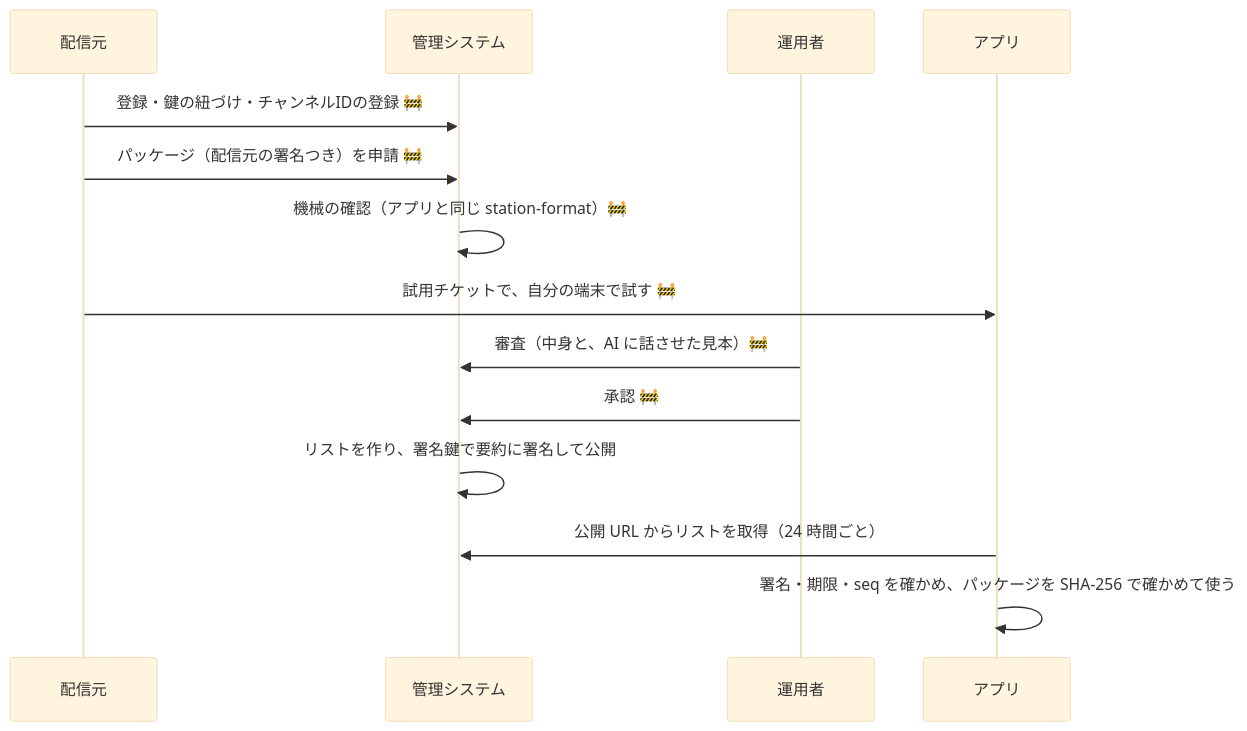
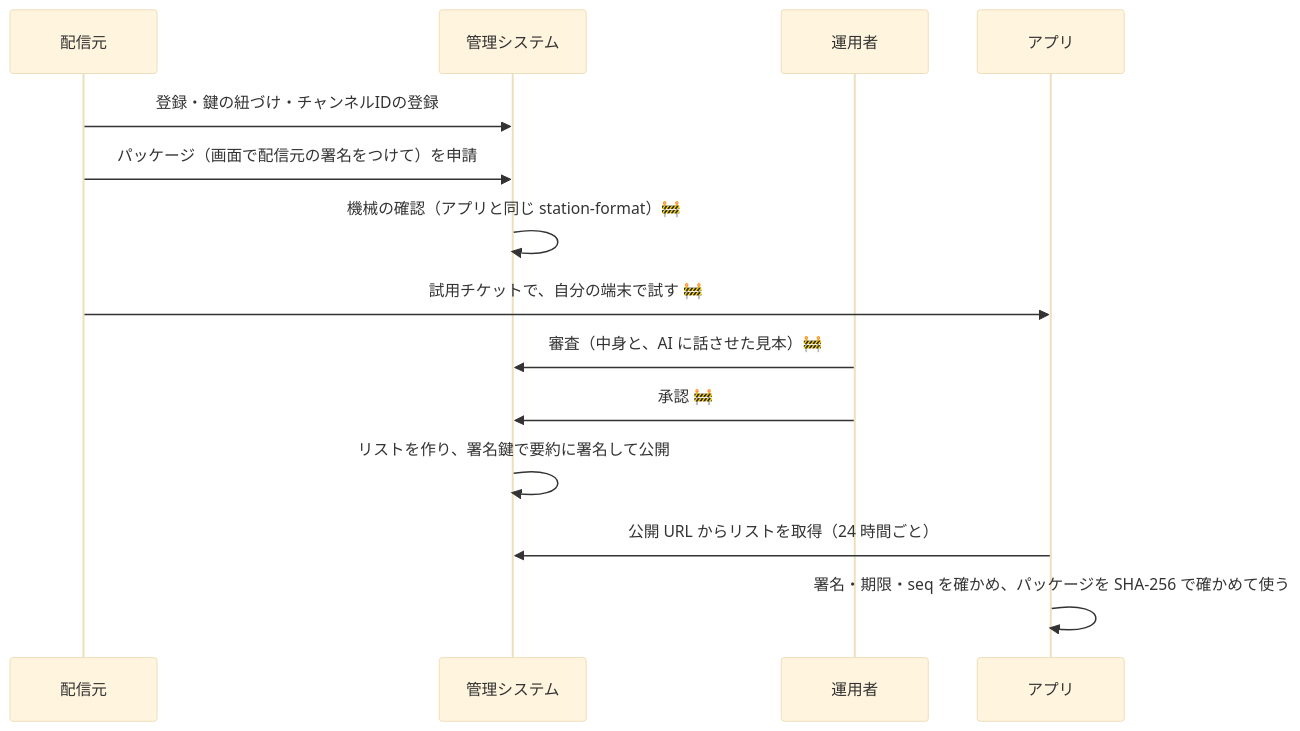
The second of 3 diagrams in docs/guide/concepts.md (duwenji/sanpo-channel-console), drawn with Mermaid (base theme) before and after one commit. The commit also changed other lines of this file and 30 other files, not shown here.

````diff
--- a/docs/guide/concepts.md
+++ b/docs/guide/concepts.md
@@ -36,16 +36,16 @@
 ```mermaid
 sequenceDiagram
     participant P as 配信元
     participant M as 管理システム
     participant O as 運用者
     participant A as アプリ
-    P->>M: 登録・鍵の紐づけ・チャンネルIDの登録 🚧
-    P->>M: パッケージ（配信元の署名つき）を申請 🚧
+    P->>M: 登録・鍵の紐づけ・チャンネルIDの登録
+    P->>M: パッケージ（画面で配信元の署名をつけて）を申請
     M->>M: 機械の確認（アプリと同じ station-format）🚧
     P->>A: 試用チケットで、自分の端末で試す 🚧
     O->>M: 審査（中身と、AI に話させた見本）🚧
     O->>M: 承認 🚧
     M->>M: リストを作り、署名鍵で要約に署名して公開
     A->>M: 公開 URL からリストを取得（24 時間ごと）
     A->>A: 署名・期限・seq を確かめ、パッケージを SHA-256 で確かめて使う
 ```
````
